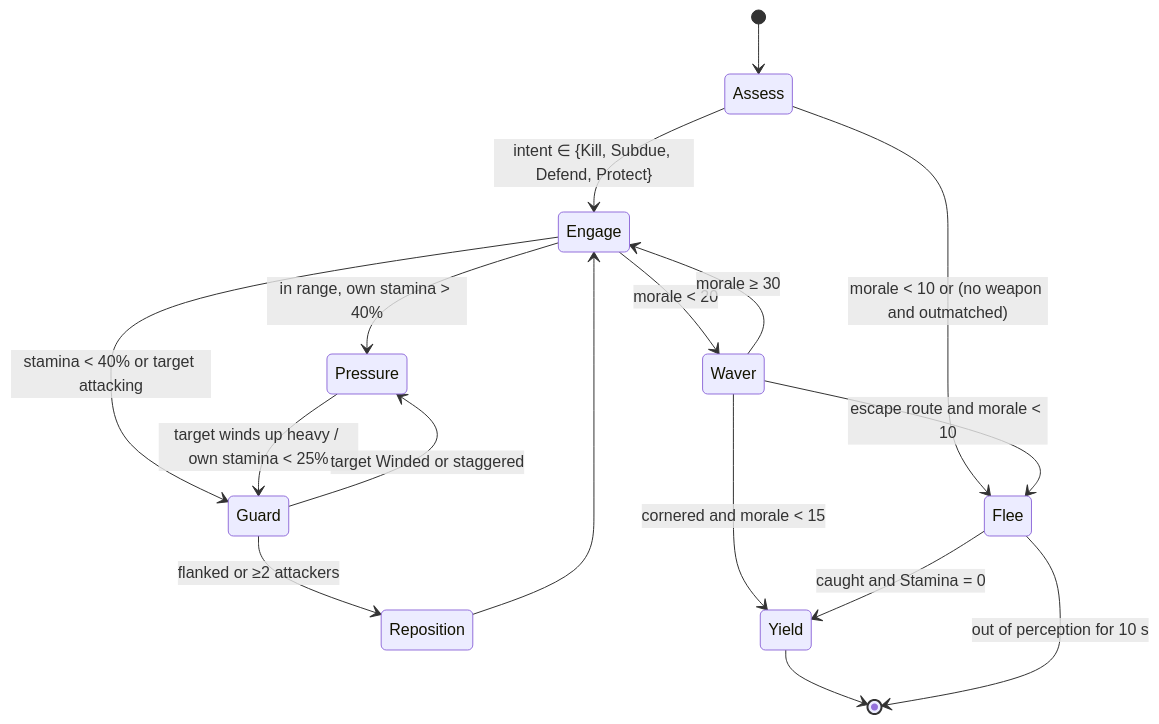
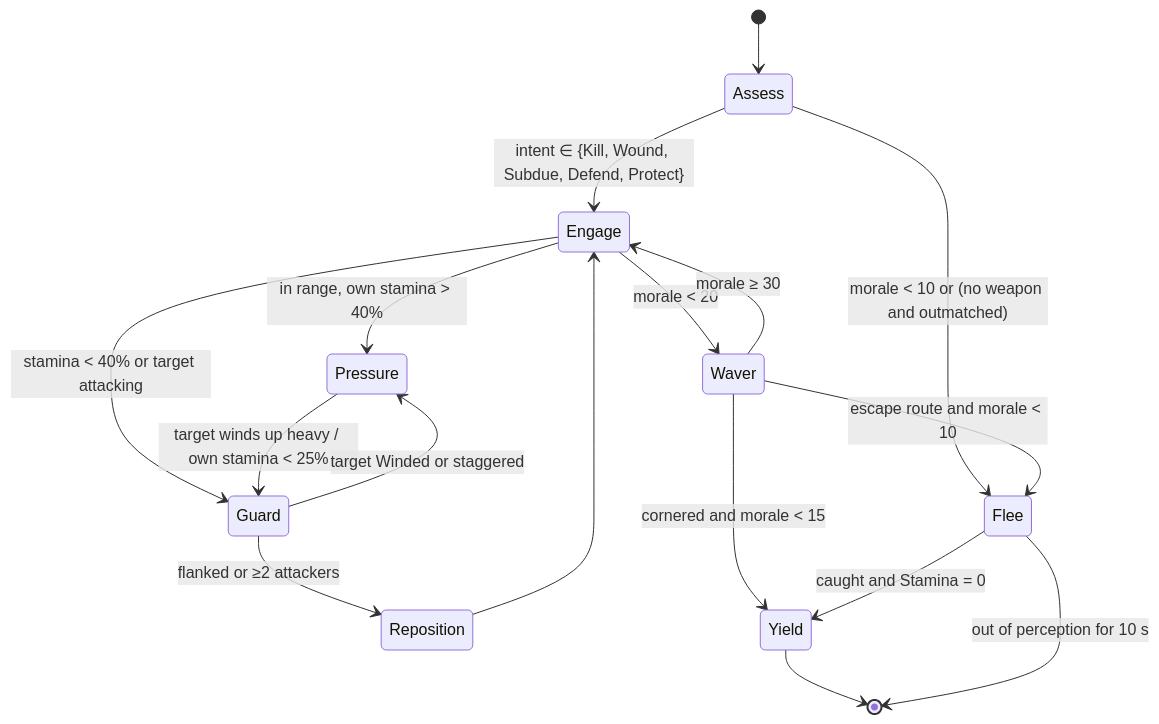
One commit to elefant35/FeudalSim changed the first of 3 diagrams in docs/design/18-conflict-and-warfare.md. Above: the diagram before and after it, drawn with Mermaid. The commit also changed other lines of this file and 35 other files, not shown here.

````diff
--- a/docs/design/18-conflict-and-warfare.md
+++ b/docs/design/18-conflict-and-warfare.md
@@ -274,19 +286,19 @@
 ```mermaid
 stateDiagram-v2
     [*] --> Assess
-    Assess --> Engage: intent ∈ {Kill, Subdue, Defend, Protect}
+    Assess --> Engage: intent ∈ {Kill, Wound, Subdue, Defend, Protect}
     Assess --> Flee: morale < 10 or (no weapon and outmatched)
     Engage --> Pressure: in range, own stamina > 40%
     Engage --> Guard: stamina < 40% or target attacking
     Pressure --> Guard: target winds up heavy / own stamina < 25%
     Guard --> Pressure: target Winded or staggered
     Guard --> Reposition: flanked or ≥2 attackers
     Reposition --> Engage
     Engage --> Waver: morale < 20
     Waver --> Engage: morale ≥ 30
     Waver --> Yield: cornered and morale < 15
     Waver --> Flee: escape route and morale < 10
     Flee --> Yield: caught and Stamina = 0
     Yield --> [*]
     Flee --> [*]: out of perception for 10 s
 ```
````
